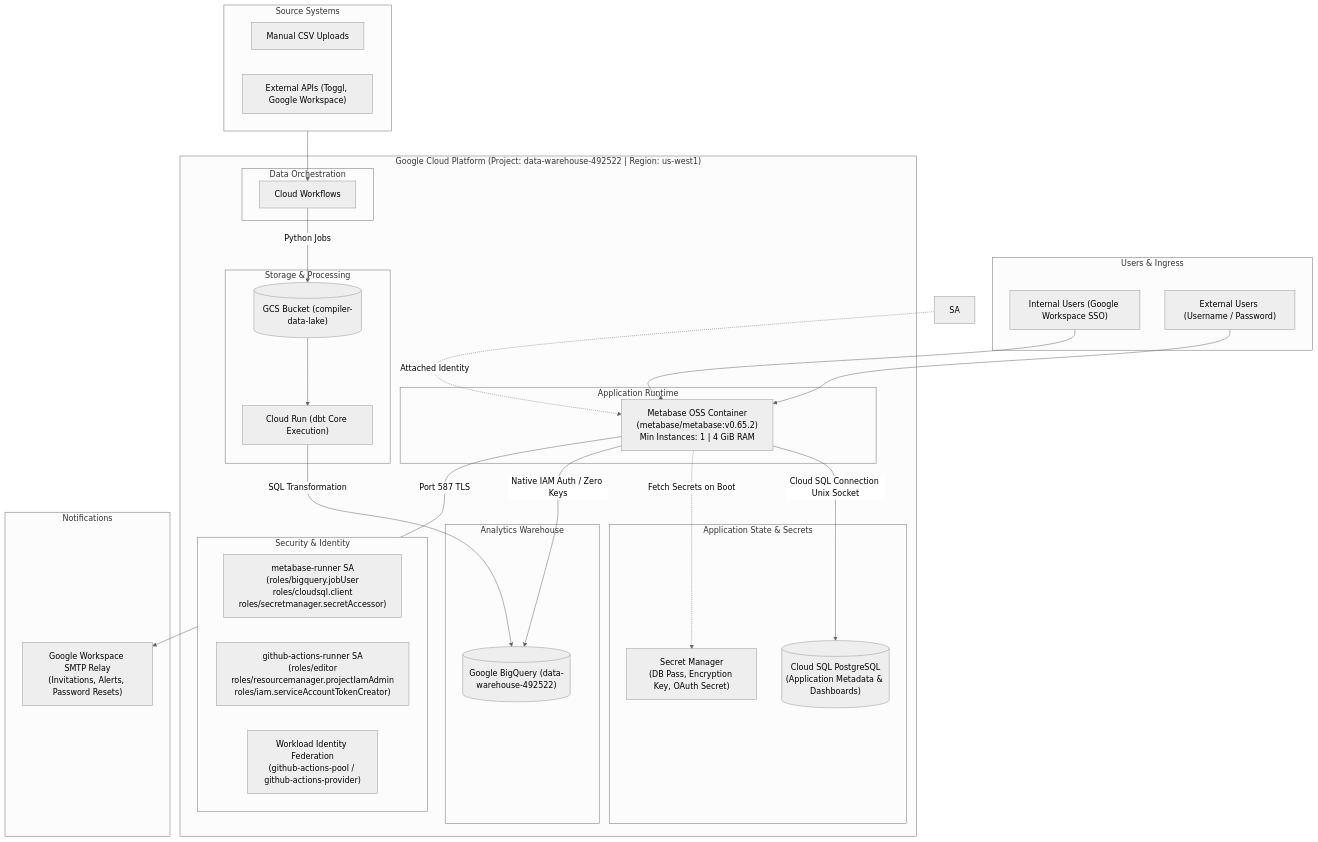
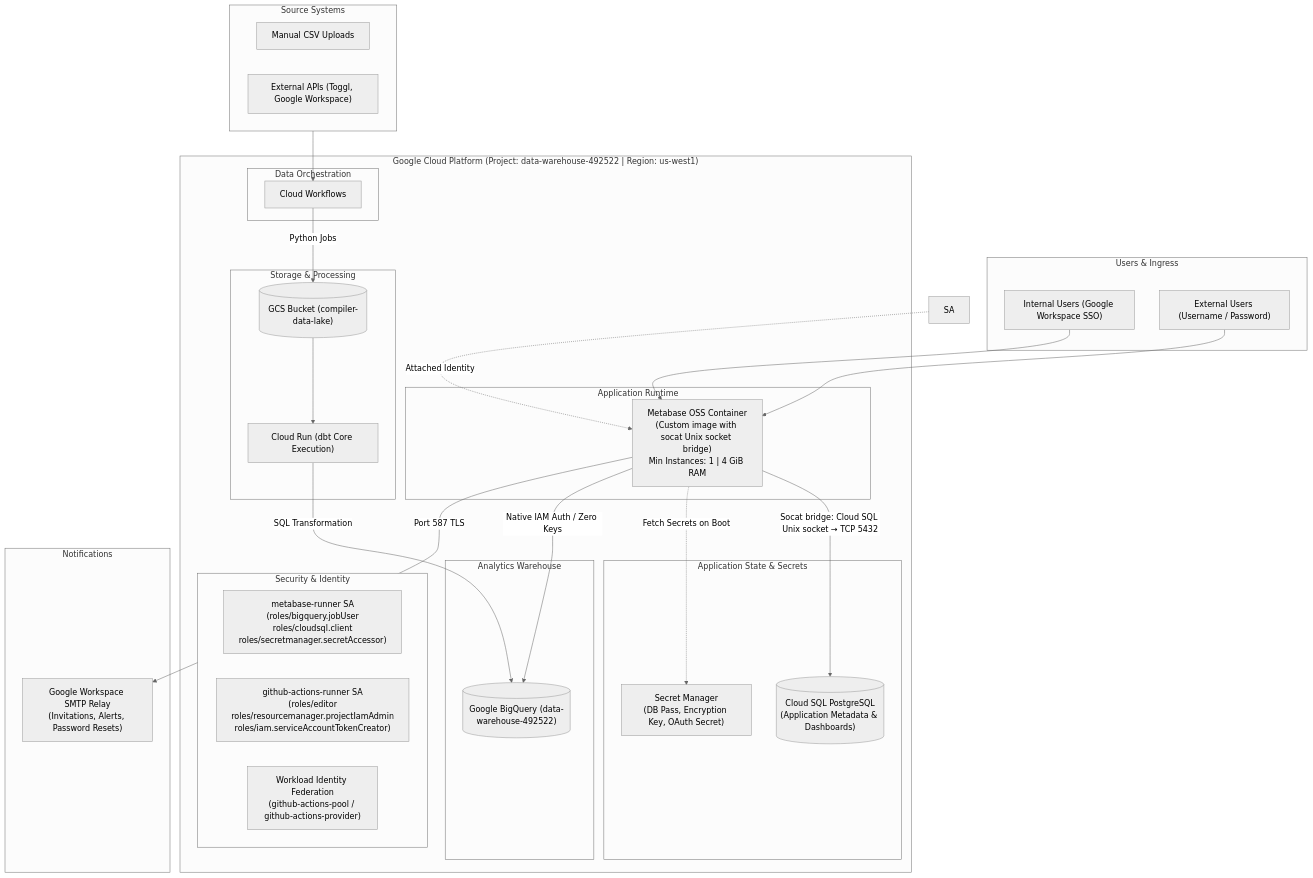
The diagram in docs/explanation/architecture.md (compilerla/dashboards), drawn with Mermaid (neutral theme) before and after one commit. The commit also changed 14 other files, not shown here.

First line of the commit message:
feat(metabase): custom image for Cloud SQL connection

````diff
--- a/docs/explanation/architecture.md
+++ b/docs/explanation/architecture.md
@@ -7,61 +7,61 @@
 ```mermaid
 flowchart TD
     subgraph Users & Ingress
         U_Internal["Internal Users (Google Workspace SSO)"]
         U_External["External Users (Username / Password)"]
     end
 
     subgraph Sources ["Source Systems"]
         CSV["Manual CSV Uploads"]
         API["External APIs (Toggl, Google Workspace)"]
     end
 
     subgraph GCP ["Google Cloud Platform (Project: data-warehouse-492522 | Region: us-west1)"]
         subgraph Orchestration ["Data Orchestration"]
             Workflows["Cloud Workflows"]
         end
 
         subgraph Storage ["Storage & Processing"]
             GCS[("GCS Bucket (compiler-data-lake)")]
             dbtRun["Cloud Run (dbt Core Execution)"]
         end
 
         subgraph Analytics ["Analytics Warehouse"]
             BQ[("Google BigQuery (data-warehouse-492522)")]
         end
 
         subgraph CloudRun ["Application Runtime"]
-            MB["Metabase OSS Container<br/>(metabase/metabase:v0.65.2)<br/>Min Instances: 1 | 4 GiB RAM"]
+            MB["Metabase OSS Container<br/>(Custom image with socat Unix socket bridge)<br/>Min Instances: 1 | 4 GiB RAM"]
         end
 
         subgraph Storage_State ["Application State & Secrets"]
             CSQL[("Cloud SQL PostgreSQL<br/>(Application Metadata & Dashboards)")]
             SM["Secret Manager<br/>(DB Pass, Encryption Key, OAuth Secret)"]
         end
 
         subgraph IAM_Service ["Security & Identity"]
             MB_SA["metabase-runner SA<br/>(roles/bigquery.jobUser<br/>roles/cloudsql.client<br/>roles/secretmanager.secretAccessor)"]
             GH_SA["github-actions-runner SA<br/>(roles/editor<br/>roles/resourcemanager.projectIamAdmin<br/>roles/iam.serviceAccountTokenCreator)"]
             WIF["Workload Identity Federation<br/>(github-actions-pool / github-actions-provider)"]
         end
     end
 
     subgraph Outbound ["Notifications"]
         GW_SMTP["Google Workspace SMTP Relay<br/>(Invitations, Alerts, Password Resets)"]
     end
 
     U_Internal --> MB
     U_External --> MB
 
     Sources --> Workflows
     Workflows -->|Python Jobs| GCS
     GCS --> dbtRun
     dbtRun -->|SQL Transformation| BQ
 
-    MB -->|Cloud SQL Connection Unix Socket| CSQL
+    MB -->|Socat bridge: Cloud SQL Unix socket → TCP 5432| CSQL
     MB -.->|Fetch Secrets on Boot| SM
     MB -->|Native IAM Auth / Zero Keys| BQ
     SA -.->|Attached Identity| MB
 
     MB -->|Port 587 TLS| GW_SMTP
 ```
````
